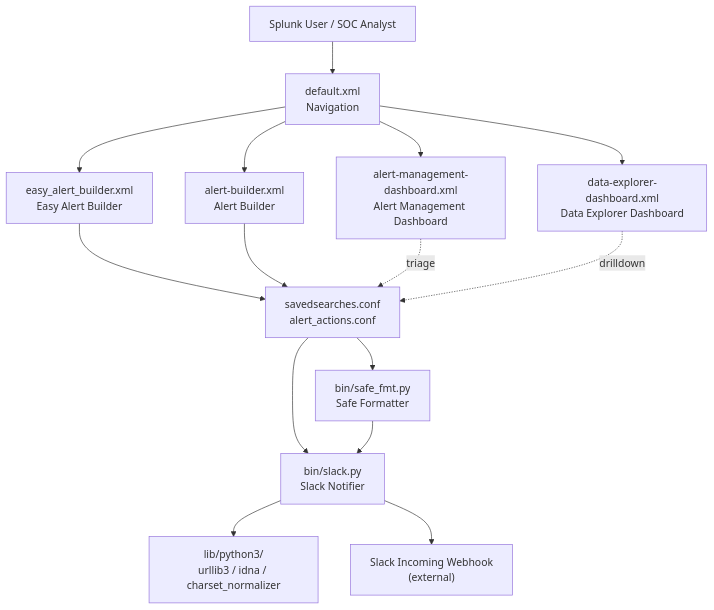
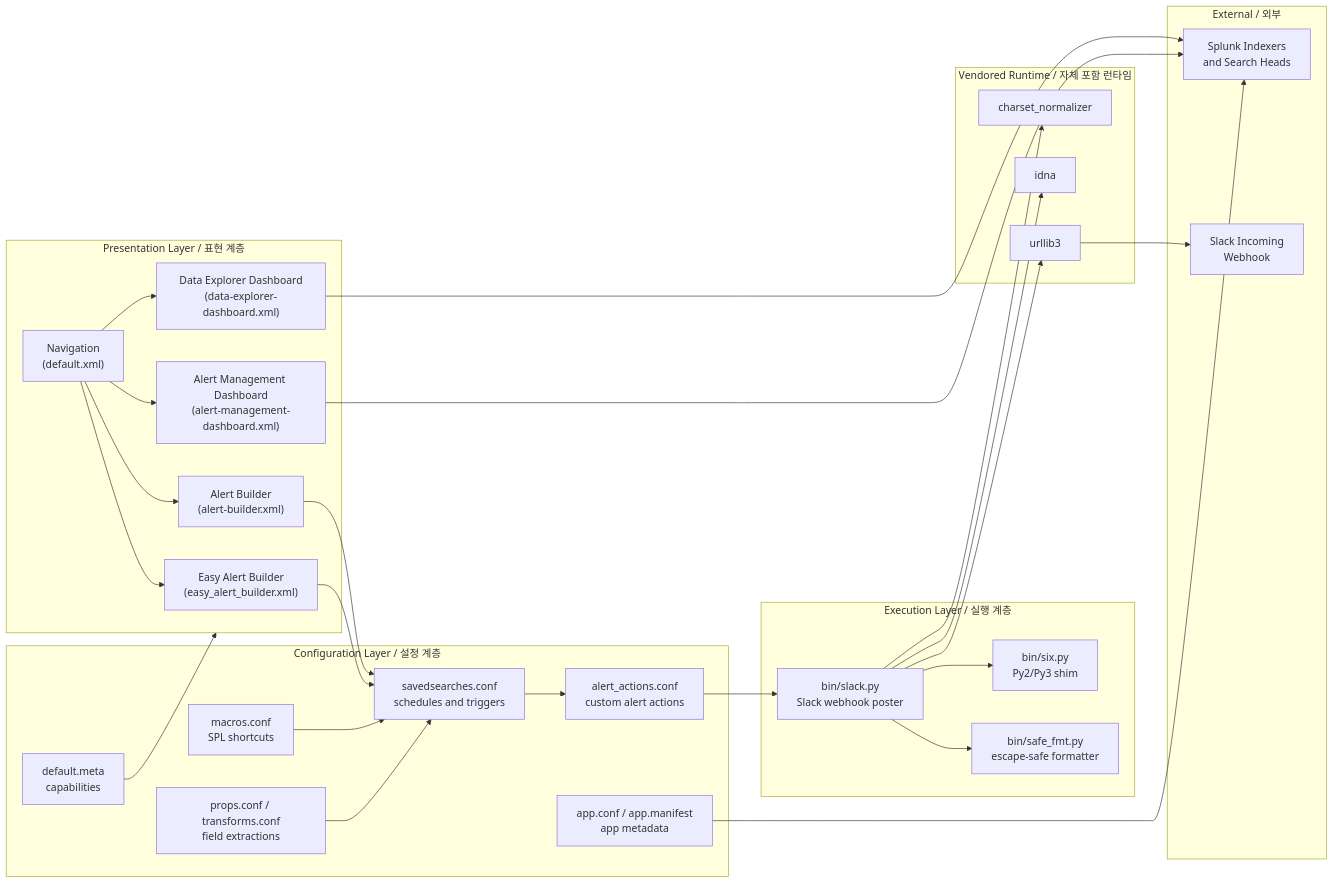
One commit to jclee941/splunk changed the diagram in README.md. Above: the diagram before and after it, drawn with Mermaid. The commit also changed other lines of this file, not shown here.

````diff
--- a/README.md
+++ b/README.md
@@ -110,29 +59,59 @@
 ```mermaid
-flowchart TB
-    User["Splunk User / SOC Analyst"]
-    Nav["default.xml<br/>Navigation"]
-    Easy["easy_alert_builder.xml<br/>Easy Alert Builder"]
-    Builder["alert-builder.xml<br/>Alert Builder"]
-    Mgmt["alert-management-dashboard.xml<br/>Alert Management Dashboard"]
-    Data["data-explorer-dashboard.xml<br/>Data Explorer Dashboard"]
-    Searches["savedsearches.conf<br/>alert_actions.conf"]
-    Safe["bin/safe_fmt.py<br/>Safe Formatter"]
-    Slack["bin/slack.py<br/>Slack Notifier"]
-    Runtime["lib/python3/<br/>urllib3 / idna / charset_normalizer"]
-    Webhook["Slack Incoming Webhook<br/>(external)"]
+flowchart LR
+    subgraph Presentation["Presentation Layer / 표현 계층"]
+        EAB["Easy Alert Builder<br/>(easy_alert_builder.xml)"]
+        AB["Alert Builder<br/>(alert-builder.xml)"]
+        AMD["Alert Management Dashboard<br/>(alert-management-dashboard.xml)"]
+        DED["Data Explorer Dashboard<br/>(data-explorer-dashboard.xml)"]
+        NAV["Navigation<br/>(default.xml)"]
+    end
 
-    User --> Nav
-    Nav --> Easy
-    Nav --> Builder
-    Nav --> Mgmt
-    Nav --> Data
-    Easy --> Searches
-    Builder --> Searches
-    Searches --> Safe
-    Searches --> Slack
-    Safe --> Slack
-    Slack --> Runtime
-    Slack --> Webhook
-    Mgmt -.triage.-> Searches
-    Data -.drilldown.-> Searches
+    subgraph Config["Configuration Layer / 설정 계층"]
+        SS["savedsearches.conf<br/>schedules and triggers"]
+        AA["alert_actions.conf<br/>custom alert actions"]
+        MC["macros.conf<br/>SPL shortcuts"]
+        PC["props.conf / transforms.conf<br/>field extractions"]
+        APP["app.conf / app.manifest<br/>app metadata"]
+        META["default.meta<br/>capabilities"]
+    end
+
+    subgraph Exec["Execution Layer / 실행 계층"]
+        SF["bin/safe_fmt.py<br/>escape-safe formatter"]
+        SL["bin/slack.py<br/>Slack webhook poster"]
+        SX["bin/six.py<br/>Py2/Py3 shim"]
+    end
+
+    subgraph Runtime["Vendored Runtime / 자체 포함 런타임"]
+        U3["urllib3"]
+        ID["idna"]
+        CN["charset_normalizer"]
+    end
+
+    subgraph External["External / 외부"]
+        SI["Splunk Indexers<br/>and Search Heads"]
+        SK["Slack Incoming<br/>Webhook"]
+    end
+
+    EAB --> SS
+    AB --> SS
+    NAV --> EAB
+    NAV --> AB
+    NAV --> AMD
+    NAV --> DED
+
+    SS --> AA
+    AA --> SL
+    SL --> SF
+    SL --> SX
+    SL --> U3
+    SL --> ID
+    SL --> CN
+    U3 --> SK
+
+    MC --> SS
+    PC --> SS
+    APP --> SI
+    META --> Presentation
+    DED --> SI
+    AMD --> SI
 ```
````
